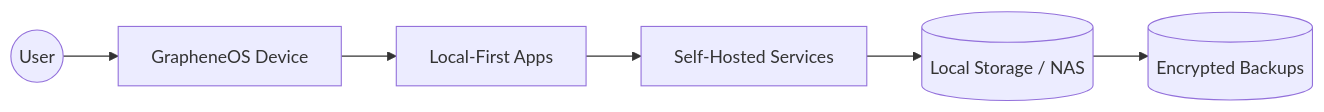
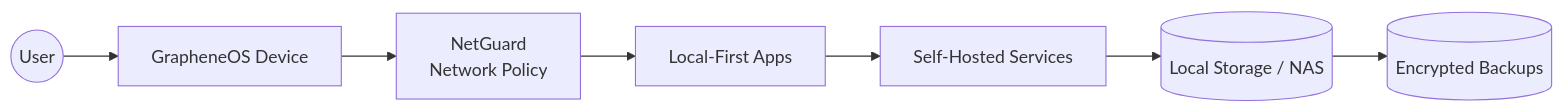
Before and after one commit to Kf1sh27/DeGoogle: the fourth of 6 diagrams in README.md, drawn with Mermaid. The commit also changed other lines of this file, not shown here.

Commit message:
Add Tasks.org and NetGuard to architecture, replacement matrix, and threat model

````diff
--- a/README.md
+++ b/README.md
@@ -209,8 +223,9 @@
 ```mermaid
 flowchart LR
     User((User)) --> GOS[GrapheneOS Device]
-    GOS --> LocalApps[Local-First Apps]
+    GOS --> NetGuard[NetGuard<br/>Network Policy]
+    NetGuard --> LocalApps[Local-First Apps]
     LocalApps --> SelfHosted[Self-Hosted Services]
     SelfHosted --> LocalStorage[(Local Storage / NAS)]
     LocalStorage --> EncBackup[(Encrypted Backups)]
 ```
````
